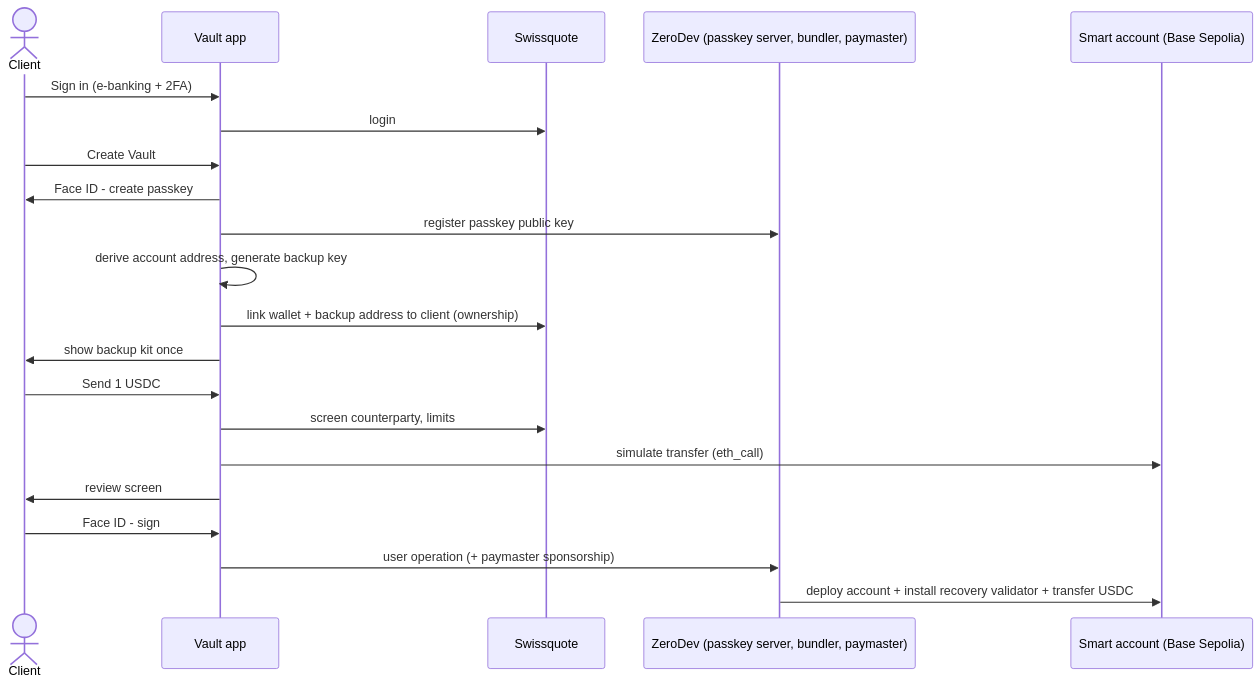
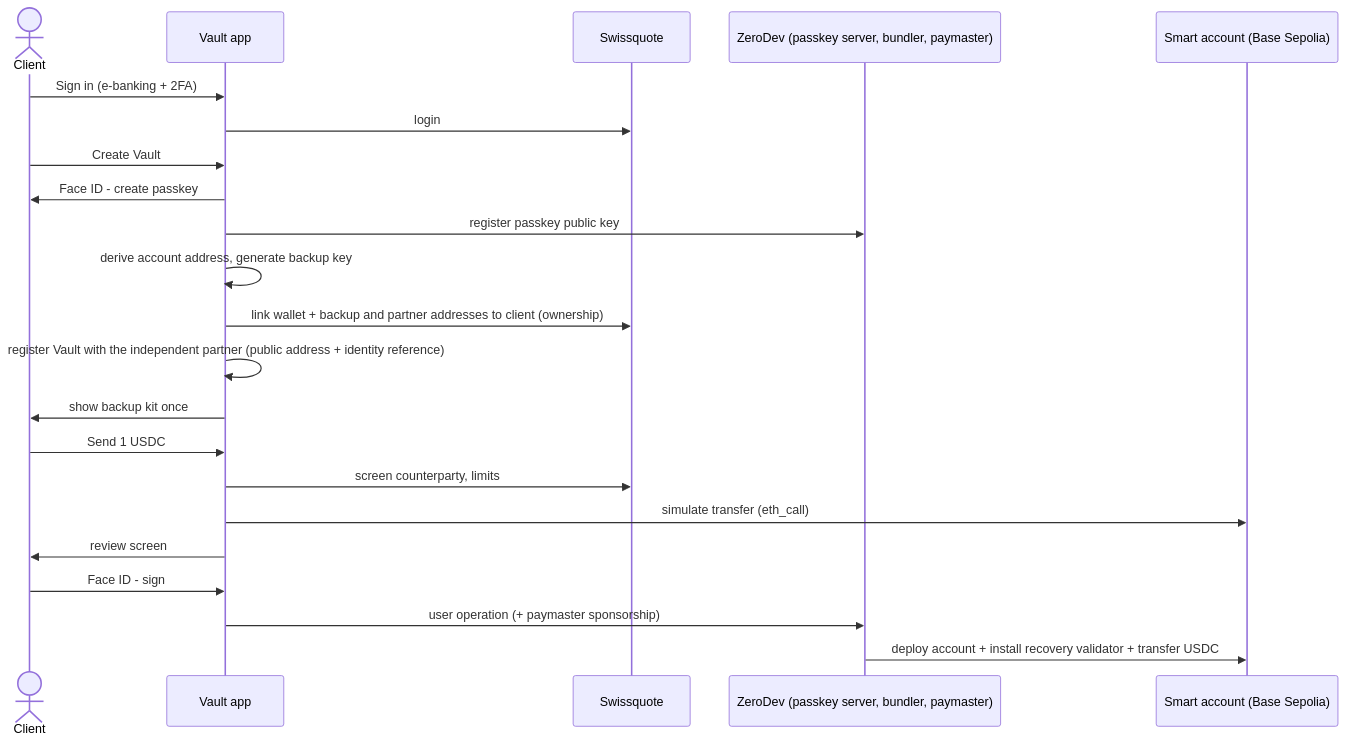
One commit to alitorkaman04/swissquote-vault changed the second of 4 diagrams in docs/architecture.md. Above: the diagram before and after it, drawn with Mermaid. The commit also changed other lines of this file and 43 other files, not shown here.

````diff
--- a/docs/architecture.md
+++ b/docs/architecture.md
@@ -74,23 +87,24 @@
 ```mermaid
 sequenceDiagram
   actor C as Client
   participant A as Vault app
   participant SQ as Swissquote
   participant ZD as ZeroDev (passkey server, bundler, paymaster)
   participant K as Smart account (Base Sepolia)
   C->>A: Sign in (e-banking + 2FA)
   A->>SQ: login
   C->>A: Create Vault
   A->>C: Face ID - create passkey
   A->>ZD: register passkey public key
   A->>A: derive account address, generate backup key
-  A->>SQ: link wallet + backup address to client (ownership)
+  A->>SQ: link wallet + backup and partner addresses to client (ownership)
+  A->>A: register Vault with the independent partner (public address + identity reference)
   A->>C: show backup kit once
   C->>A: Send 1 USDC
   A->>SQ: screen counterparty, limits
   A->>K: simulate transfer (eth_call)
   A->>C: review screen
   C->>A: Face ID - sign
   A->>ZD: user operation (+ paymaster sponsorship)
   ZD->>K: deploy account + install recovery validator + transfer USDC
 ```
````
